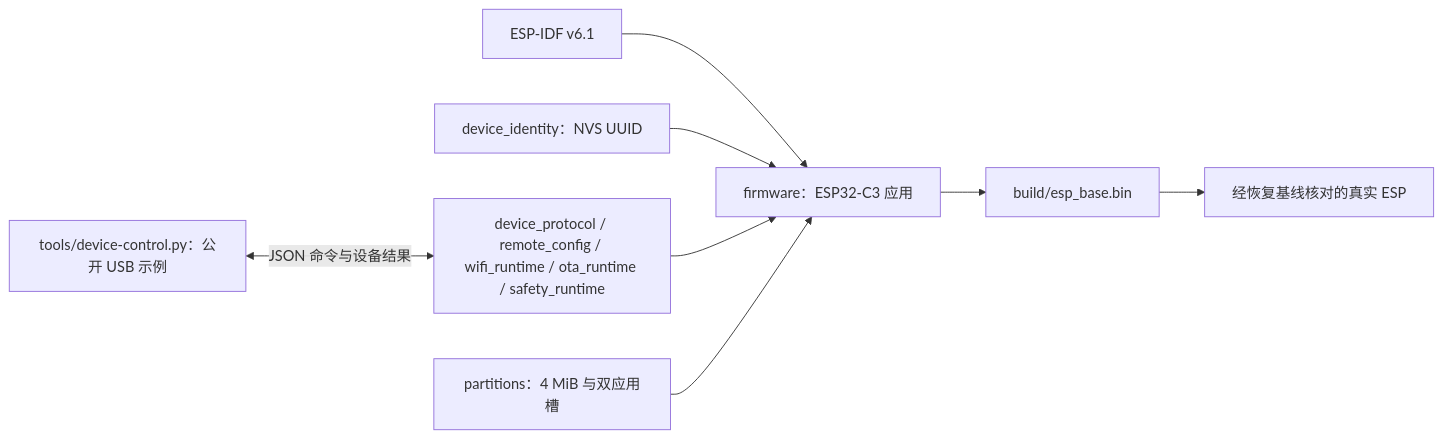
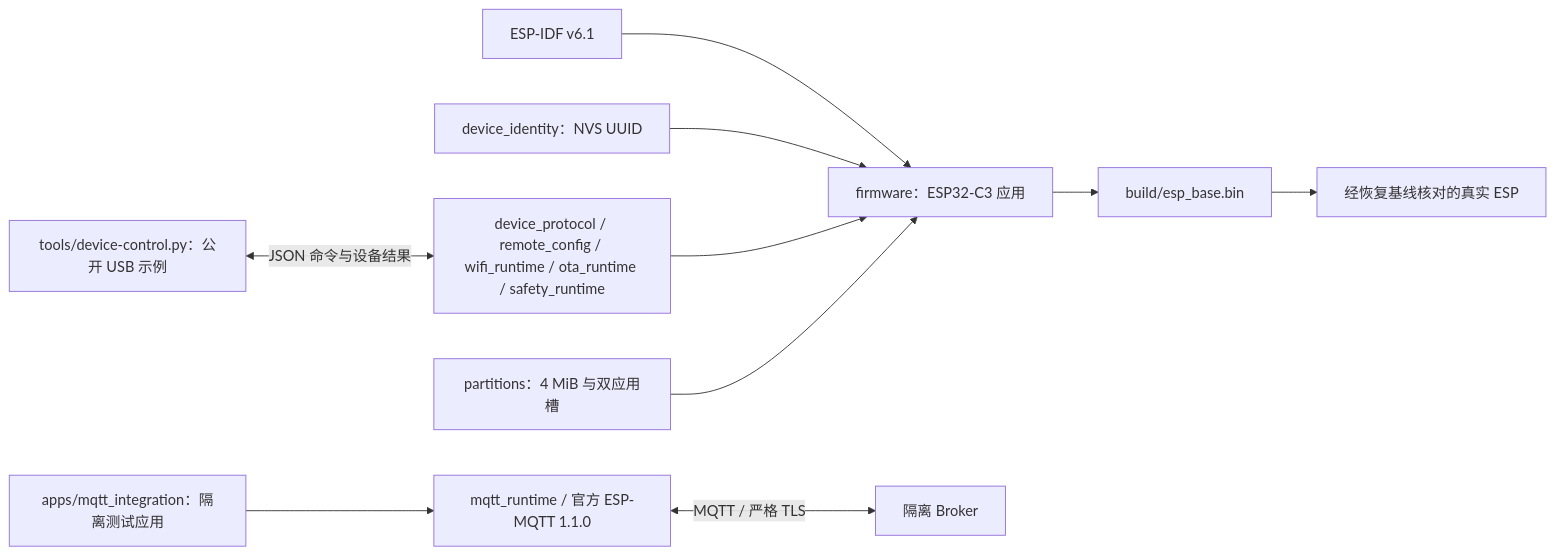
Before and after one commit to darren-you/esp-base: the diagram in README.md, drawn with Mermaid. The commit also changed other lines of this file and 26 other files, not shown here.

````diff
--- a/README.md
+++ b/README.md
@@ -7,10 +7,12 @@
 ```mermaid
 flowchart LR
     sdk["ESP-IDF v6.1"] --> firmware["firmware：ESP32-C3 应用"]
     identity["device_identity：NVS UUID"] --> firmware
     state["device_protocol / remote_config / wifi_runtime / ota_runtime / safety_runtime"] --> firmware
     layout["partitions：4 MiB 与双应用槽"] --> firmware
     host["tools/device-control.py：公开 USB 示例"] <-->|"JSON 命令与设备结果"| state
     firmware --> image["build/esp_base.bin"]
+    lab["apps/mqtt_integration：隔离测试应用"] --> mqtt["mqtt_runtime / 官方 ESP-MQTT 1.1.0"]
+    mqtt <-->|"MQTT / 严格 TLS"| broker["隔离 Broker"]
     image --> board["经恢复基线核对的真实 ESP"]
 ```
````
